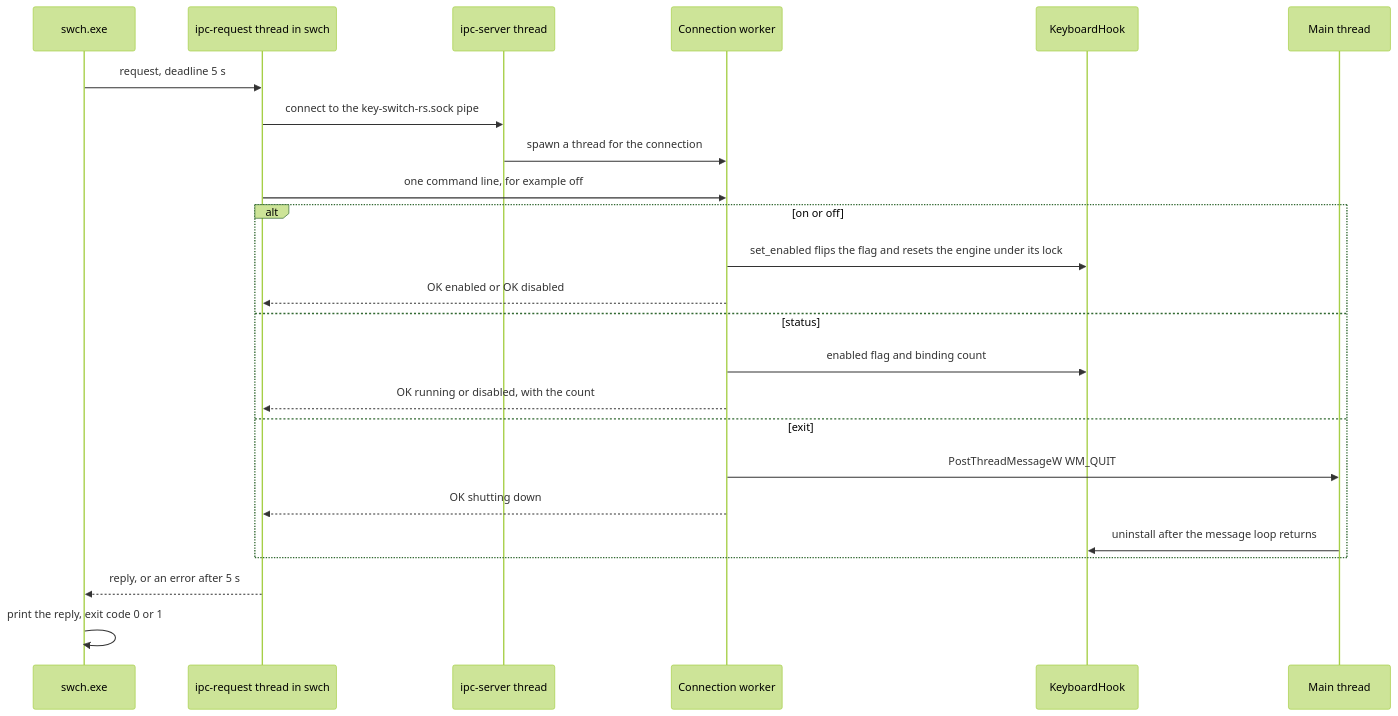
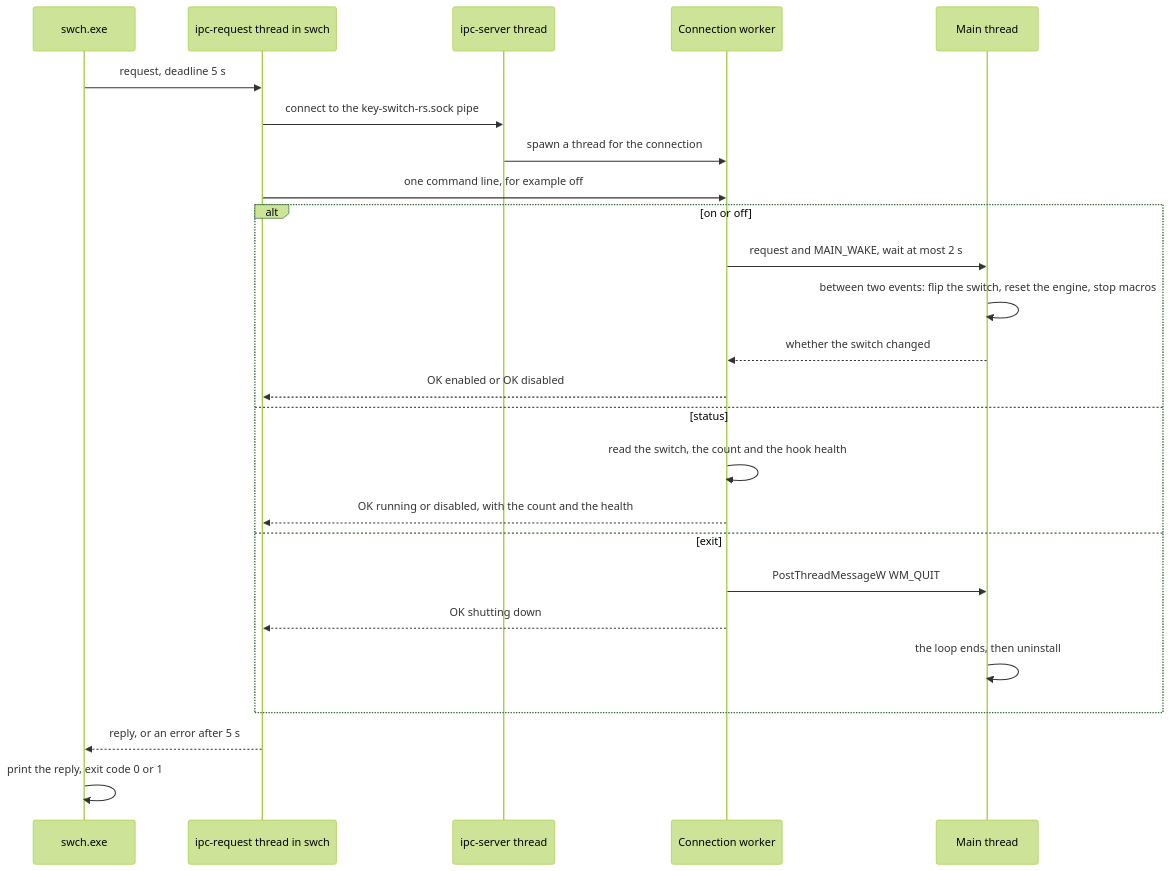
Before and after one commit to bluesteelll/key-switch-rs: the seventh of 7 diagrams in book/src/architecture.md, drawn with Mermaid (forest theme). The commit also changed other lines of this file and 20 other files, not shown here.

````diff
--- a/book/src/architecture.md
+++ b/book/src/architecture.md
@@ -510,26 +530,27 @@
 ```mermaid
 sequenceDiagram
     participant SW as swch.exe
     participant RQ as ipc-request thread in swch
     participant PS as ipc-server thread
     participant WK as Connection worker
-    participant KH as KeyboardHook
     participant MT as Main thread
     SW->>RQ: request, deadline 5 s
     RQ->>PS: connect to the key-switch-rs.sock pipe
     PS->>WK: spawn a thread for the connection
     RQ->>WK: one command line, for example off
     alt on or off
-        WK->>KH: set_enabled flips the flag and resets the engine under its lock
+        WK->>MT: request and MAIN_WAKE, wait at most 2 s
+        MT->>MT: between two events: flip the switch, reset the engine, stop macros
+        MT-->>WK: whether the switch changed
         WK-->>RQ: OK enabled or OK disabled
     else status
-        WK->>KH: enabled flag and binding count
-        WK-->>RQ: OK running or disabled, with the count
+        WK->>WK: read the switch, the count and the hook health
+        WK-->>RQ: OK running or disabled, with the count and the health
     else exit
         WK->>MT: PostThreadMessageW WM_QUIT
         WK-->>RQ: OK shutting down
-        MT->>KH: uninstall after the message loop returns
+        MT->>MT: the loop ends, then uninstall
     end
     RQ-->>SW: reply, or an error after 5 s
     SW->>SW: print the reply, exit code 0 or 1
 ```
````
